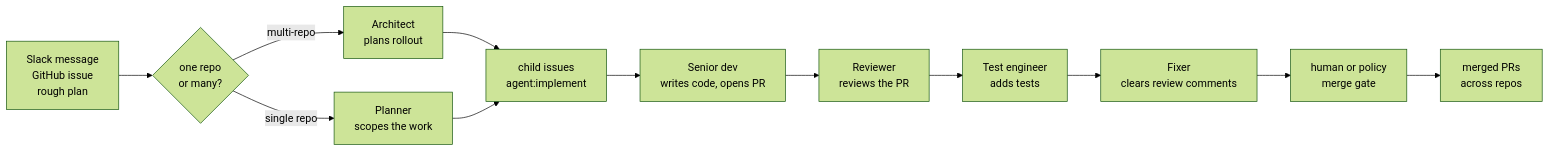
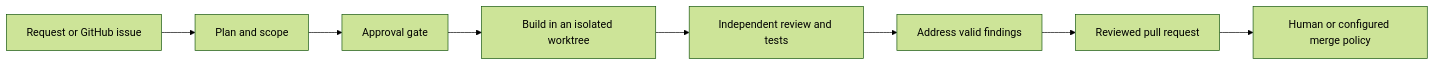
Before and after one commit to luminik-io/alfred: the first of 2 diagrams in README.md, drawn with Mermaid (forest theme). The commit also changed other lines of this file and 80 other files, not shown here.

````diff
--- a/README.md
+++ b/README.md
@@ -84,14 +39,10 @@
 ```mermaid
 flowchart LR
-    intake["Slack message<br/>GitHub issue<br/>rough plan"] --> route{"one repo<br/>or many?"}
-    route -->|single repo| planner["Planner<br/>scopes the work"]
-    route -->|multi-repo| architect["Architect<br/>plans rollout"]
-    architect --> children["child issues<br/>agent:implement"]
-    planner --> children
-    children --> senior_dev["Senior dev<br/>writes code, opens PR"]
-    senior_dev --> reviewer["Reviewer<br/>reviews the PR"]
-    reviewer --> test_engineer["Test engineer<br/>adds tests"]
-    test_engineer --> fixer["Fixer<br/>clears review comments"]
-    fixer --> gate["human or policy<br/>merge gate"]
-    gate --> done["merged PRs<br/>across repos"]
+    request["Request or GitHub issue"] --> plan["Plan and scope"]
+    plan --> approval["Approval gate"]
+    approval --> build["Build in an isolated worktree"]
+    build --> review["Independent review and tests"]
+    review --> fix["Address valid findings"]
+    fix --> pr["Reviewed pull request"]
+    pr --> merge["Human or configured merge policy"]
 ```
````
